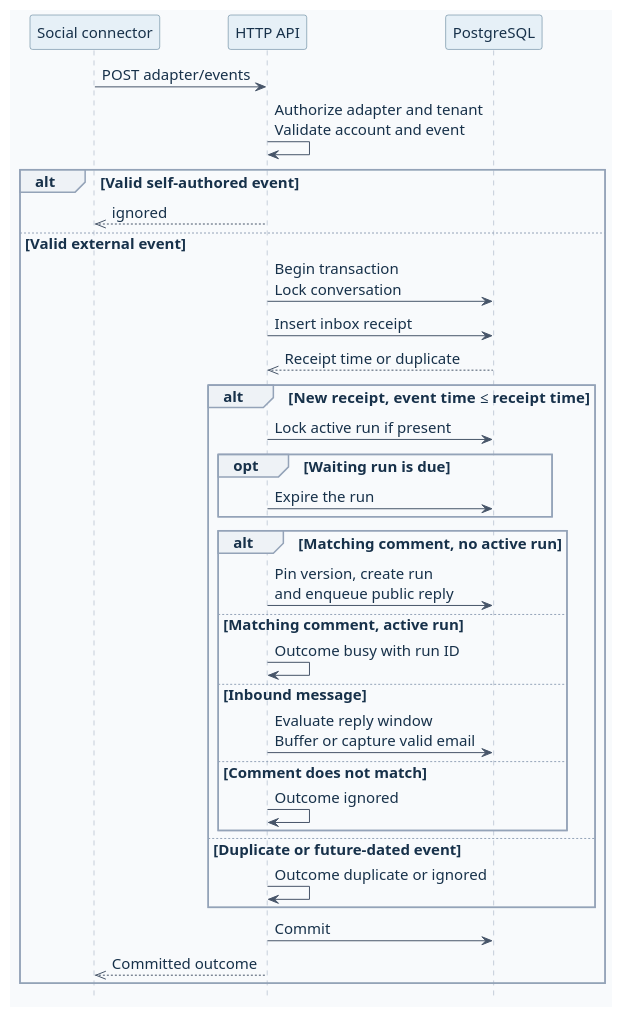
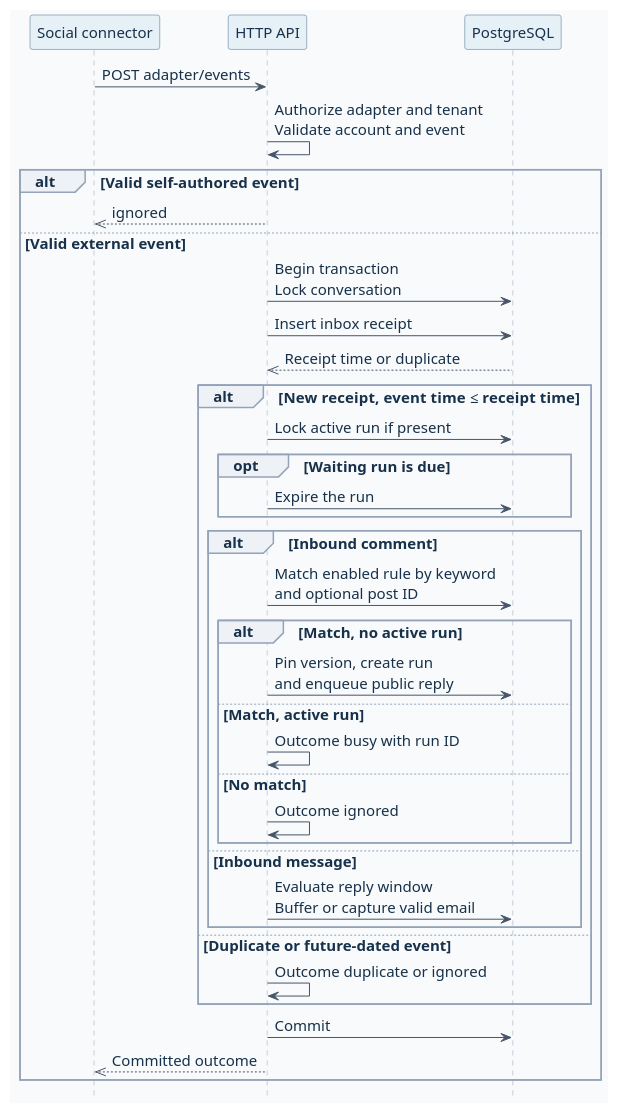
Before and after one commit to ByAxe/blotato-comment-automations: the diagram in docs/diagrams/ingestion.puml, drawn with PlantUML. The commit also changed 21 other files, not shown here.

```diff
--- a/docs/diagrams/ingestion.puml
+++ b/docs/diagrams/ingestion.puml
@@ -1,54 +1,57 @@
 @startuml
 hide footbox
 skinparam BackgroundColor #F8FAFC
 skinparam DefaultFontName SansSerif
 skinparam DefaultFontColor #17314A
 skinparam DefaultFontSize 15
 skinparam Shadowing false
 skinparam ArrowColor #475569
 skinparam SequenceLifeLineBorderColor #94A3B8
 skinparam SequenceParticipantBackgroundColor #E6F0F7
 skinparam SequenceParticipantBorderColor #456C87
 skinparam SequenceGroupBackgroundColor #EEF2F6
 skinparam SequenceGroupBorderColor #94A3B8
 <style>
 participant {
   Padding 12
 }
 </style>
 skinparam BoxPadding 12
 skinparam maxMessageSize 260
 
 participant "Social connector" as gateway
 participant "HTTP API" as api
 participant "PostgreSQL" as db
 
 gateway -> api : POST adapter/events
 api -> api : Authorize adapter and tenant\nValidate account and event
 alt Valid self-authored event
   api -->> gateway : ignored
 else Valid external event
   api -> db : Begin transaction\nLock conversation
   api -> db : Insert inbox receipt
   db -->> api : Receipt time or duplicate
   alt New receipt, event time ≤ receipt time
     api -> db : Lock active run if present
     opt Waiting run is due
       api -> db : Expire the run
     end
-    alt Matching comment, no active run
-      api -> db : Pin version, create run\nand enqueue public reply
-    else Matching comment, active run
-      api -> api : Outcome busy with run ID
+    alt Inbound comment
+      api -> db : Match enabled rule by keyword\nand optional post ID
+      alt Match, no active run
+        api -> db : Pin version, create run\nand enqueue public reply
+      else Match, active run
+        api -> api : Outcome busy with run ID
+      else No match
+        api -> api : Outcome ignored
+      end
     else Inbound message
       api -> db : Evaluate reply window\nBuffer or capture valid email
-    else Comment does not match
-      api -> api : Outcome ignored
     end
   else Duplicate or future-dated event
     api -> api : Outcome duplicate or ignored
   end
   api -> db : Commit
   api -->> gateway : Committed outcome
 end
 @enduml
```
